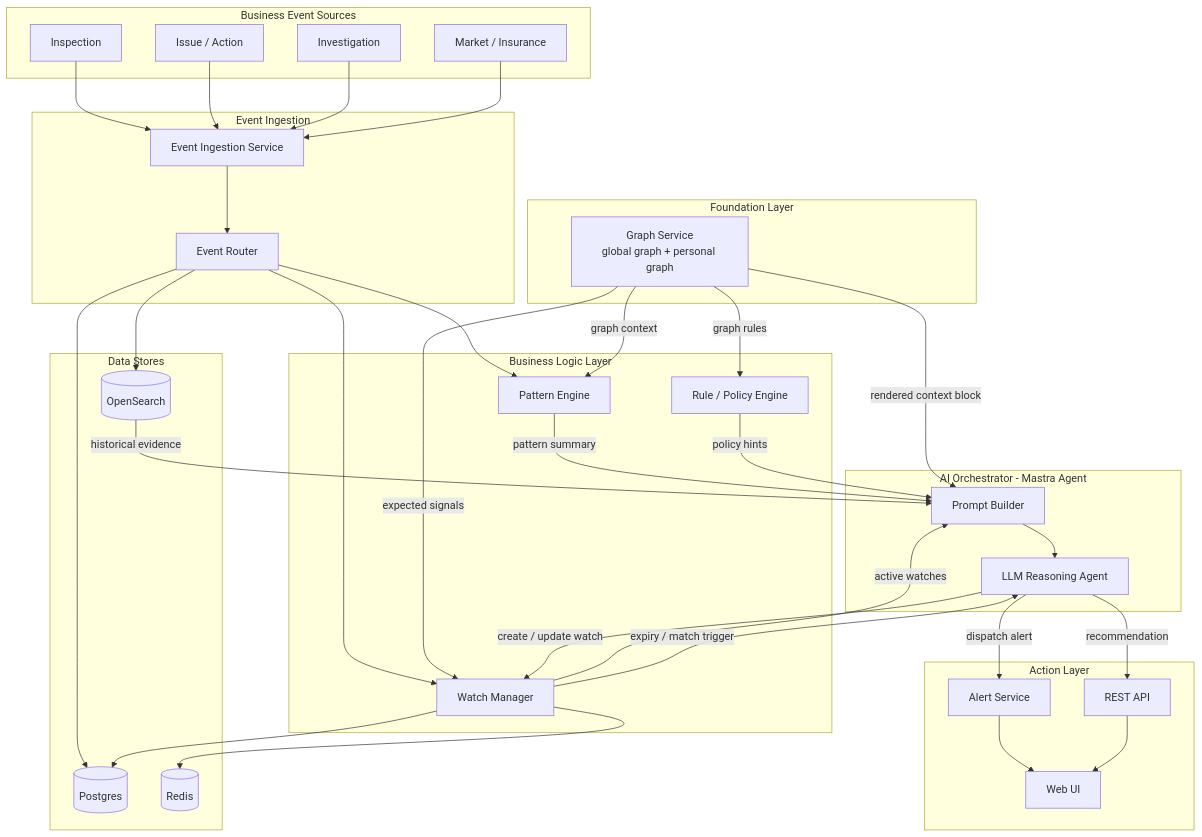
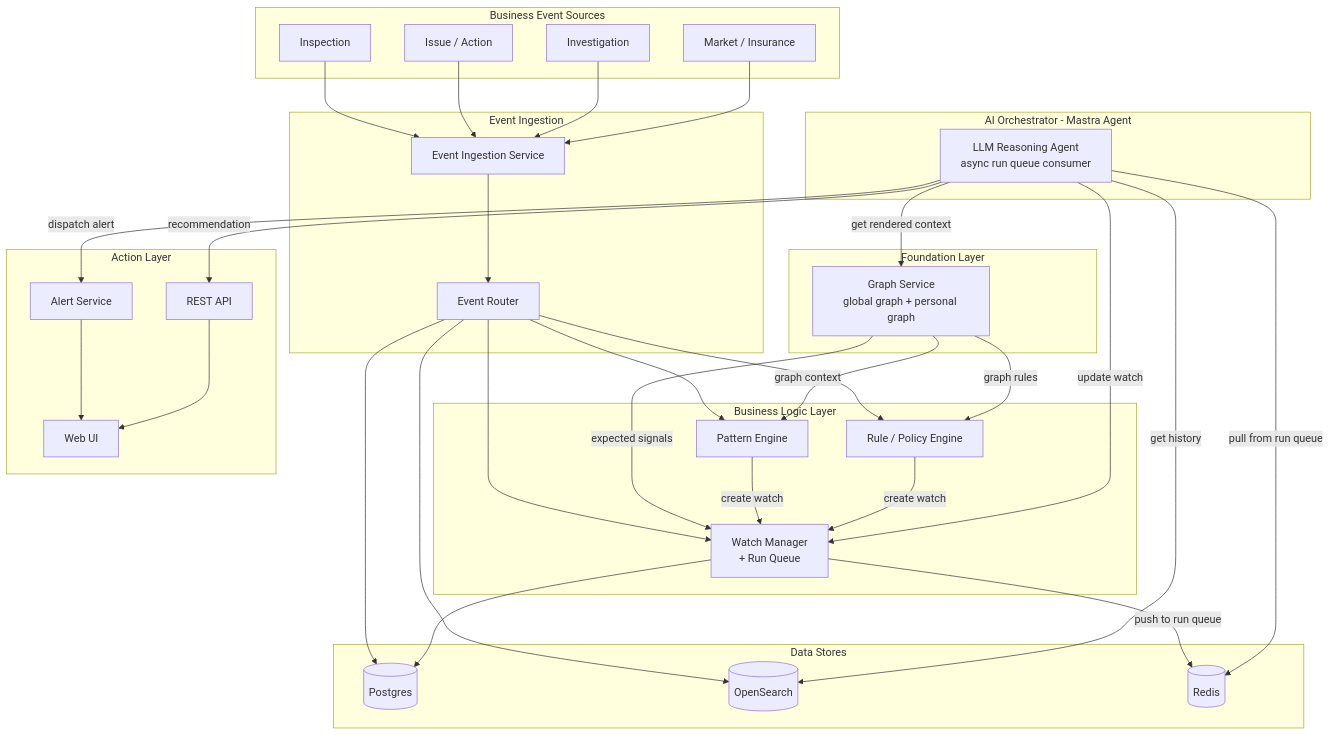
Before and after one commit to maxshuang/Bpollo: the diagram in docs/components.md, drawn with Mermaid. The commit also changed other lines of this file, not shown here.

Commit message:
Fix dataflow: decouple event processing from LLM, LLM is async run queue consumer only

````diff
--- a/docs/components.md
+++ b/docs/components.md
@@ -9,74 +9,72 @@
 ```mermaid
 flowchart TD
     subgraph Sources[Business Event Sources]
         S1[Inspection]
         S2[Issue / Action]
         S3[Investigation]
         S4[Market / Insurance]
     end
 
     subgraph Ingestion[Event Ingestion]
         EI[Event Ingestion Service]
         ER[Event Router]
     end
 
     subgraph Foundation[Foundation Layer]
         GS[Graph Service\nglobal graph + personal graph]
     end
 
-    subgraph Runtime[Business Logic Layer]
+    subgraph Logic[Business Logic Layer]
         PE[Pattern Engine]
-        WM[Watch Manager]
         RP[Rule / Policy Engine]
+        WM[Watch Manager\n+ Run Queue]
     end
 
     subgraph AI[AI Orchestrator - Mastra Agent]
-        PB[Prompt Builder]
-        AG[LLM Reasoning Agent]
+        AG[LLM Reasoning Agent\nasync run queue consumer]
     end
 
     subgraph Stores[Data Stores]
         PG[(Postgres)]
         OS[(OpenSearch)]
         RD[(Redis)]
     end
 
     subgraph Output[Action Layer]
         AL[Alert Service]
         API[REST API]
         WEB[Web UI]
     end
 
     S1 --> EI
     S2 --> EI
     S3 --> EI
     S4 --> EI
 
     EI --> ER
     ER --> PE
+    ER --> RP
     ER --> WM
     ER --> PG
     ER --> OS
 
     GS -->|graph context| PE
+    GS -->|graph rules| RP
     GS -->|expected signals| WM
-    GS -->|graph rules| RP
-    GS -->|rendered context block| PB
 
-    PE -->|pattern summary| PB
-    WM -->|active watches| PB
-    RP -->|policy hints| PB
-    OS -->|historical evidence| PB
+    PE -->|create watch| WM
+    RP -->|create watch| WM
+    WM -->|push to run queue| RD
 
-    PB --> AG
-    AG -->|create / update watch| WM
+    AG -->|pull from run queue| RD
+    AG -->|get rendered context| GS
+    AG -->|get history| OS
+    AG -->|update watch| WM
     AG -->|dispatch alert| AL
     AG -->|recommendation| API
 
-    WM -->|expiry / match trigger| AG
     WM --> PG
-    WM --> RD
 
     AL --> WEB
     API --> WEB
 ```
````
